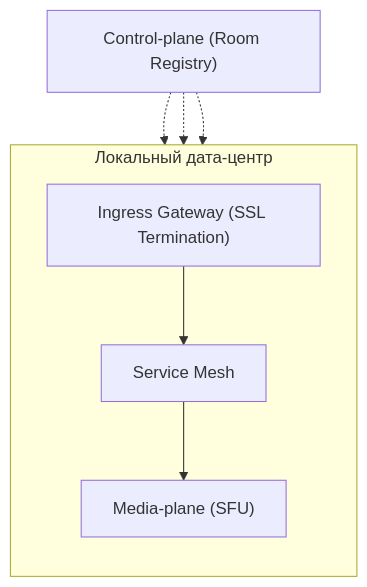
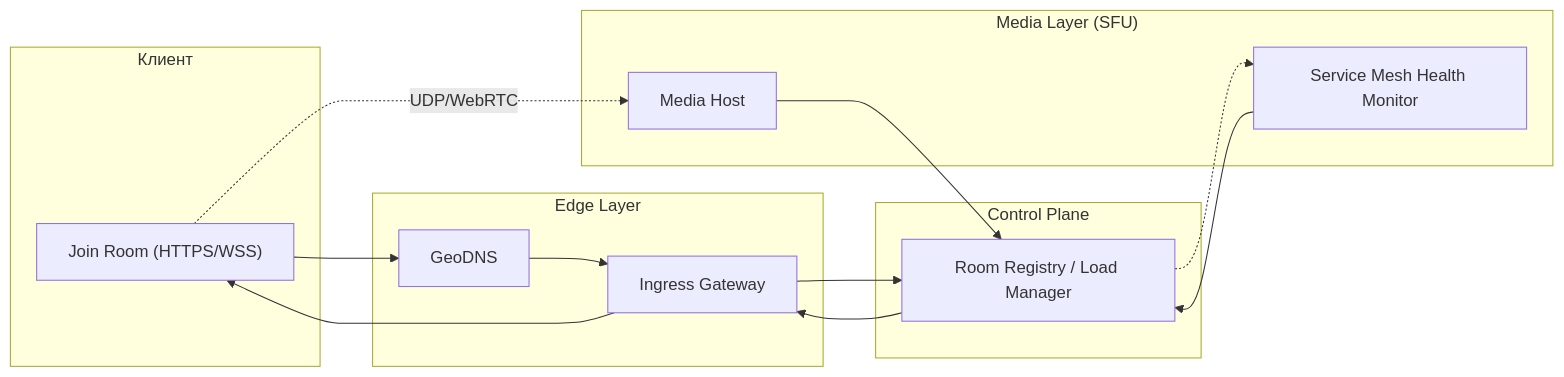
Before and after one commit to onionfriend2004/Highload_VK_Coursework: the second of 2 diagrams in README.md, drawn with Mermaid. The commit also changed other lines of this file and 1 other file, not shown here.

````diff
--- a/README.md
+++ b/README.md
@@ -324,16 +324,32 @@
 ```mermaid
-flowchart TD
-    subgraph DC["Локальный дата-центр"]
-        direction TB
-        A["Ingress Gateway (SSL Termination)"]
-        B["Service Mesh"]
-        C["Media-plane (SFU)"]
-        A --> B
-        B --> C
+flowchart LR
+    subgraph CLIENT["Клиент"]
+        U["Join Room (HTTPS/WSS)"]
     end
 
-    D["Control-plane (Room Registry)"]
-    D -.-> A
-    D -.-> B
-    D -.-> C
+    subgraph EDGE["Edge Layer"]
+        I["Ingress Gateway"]
+        D["GeoDNS"]
+    end
+
+    subgraph CONTROL["Control Plane"]
+        C["Room Registry / Load Manager"]
+    end
+
+    subgraph MEDIA["Media Layer (SFU)"]
+        M["Media Host"]
+        H["Service Mesh Health Monitor"]
+    end
+
+    %% Signaling path (HTTP/WSS)
+    U --> D --> I --> C
+    C --> I --> U
+
+    %% Media path (UDP/WebRTC)
+    U -. UDP/WebRTC .-> M
+
+    %% Control & health
+    M --> C
+    H --> C
+    C -.-> H
 ```
````
